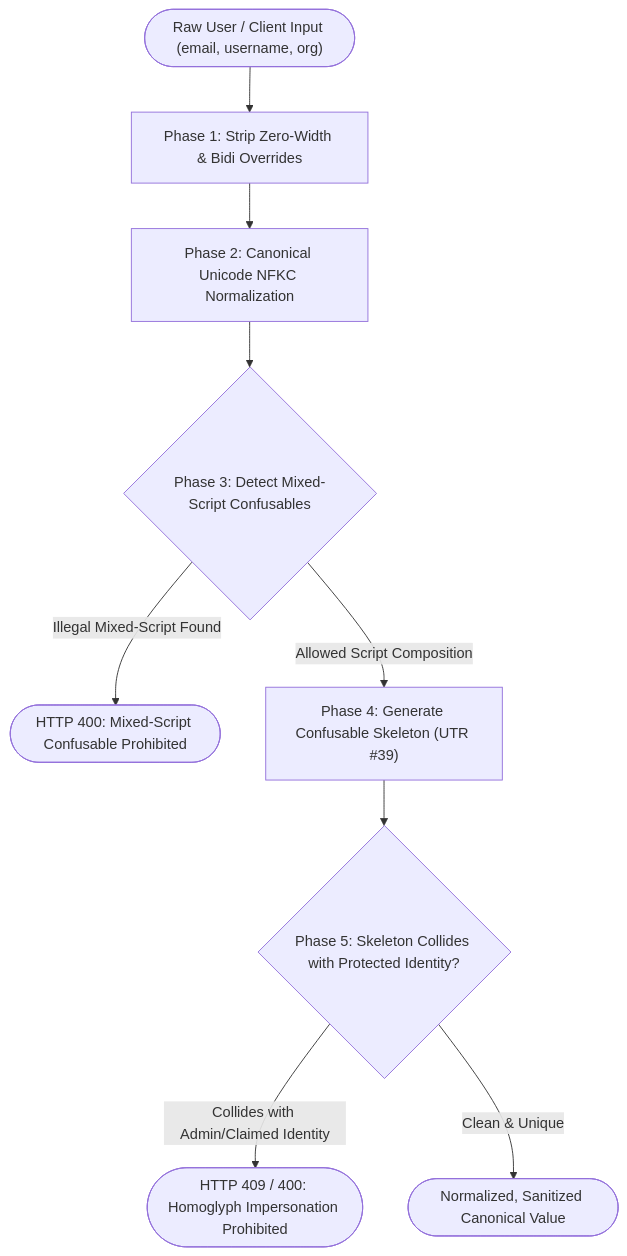
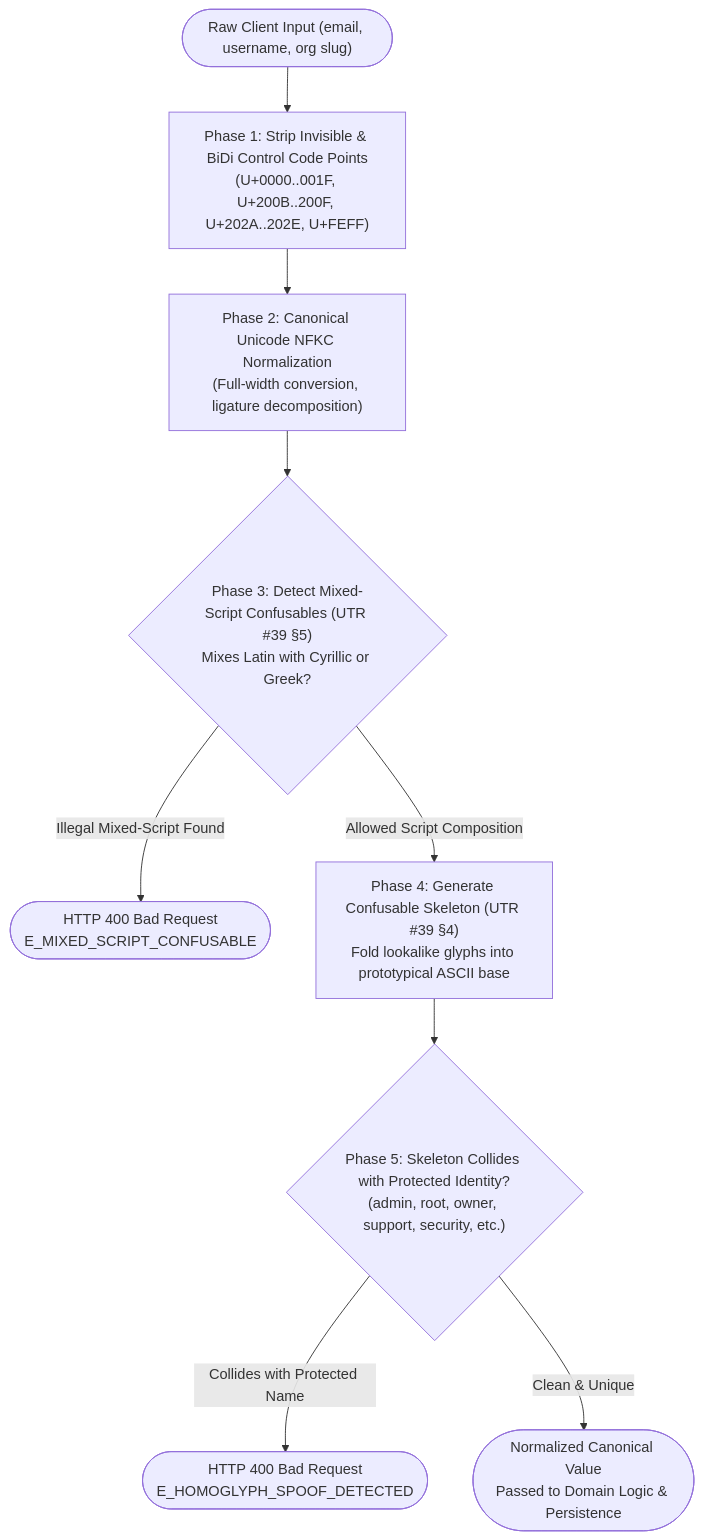
The first of 8 diagrams in adr/0032-anti-homoglyph-and-unicode-normalization-shield.md (Scaibu/auth), drawn with Mermaid before and after one commit. The commit also changed other lines of this file and 12 other files, not shown here.

Commit message:
docs(adr): enrich ADRs 0032, 0033 and add detailed ADR 0034 with M2M client credentials support

````diff
--- a/adr/0032-anti-homoglyph-and-unicode-normalization-shield.md
+++ b/adr/0032-anti-homoglyph-and-unicode-normalization-shield.md
@@ -53,13 +75,13 @@
 ```mermaid
 flowchart TD
-    RawInput(["Raw User / Client Input (email, username, org)"]) --> StripZero["Phase 1: Strip Zero-Width &amp; Bidi Overrides"]
-    StripZero --> NFKC["Phase 2: Canonical Unicode NFKC Normalization"]
-    NFKC --> ScriptDetect{"Phase 3: Detect Mixed-Script Confusables"}
+    RawInput(["Raw Client Input (email, username, org slug)"]) --> StripZero["Phase 1: Strip Invisible &amp; BiDi Control Code Points<br/>(U+0000..001F, U+200B..200F, U+202A..202E, U+FEFF)"]
+    StripZero --> NFKC["Phase 2: Canonical Unicode NFKC Normalization<br/>(Full-width conversion, ligature decomposition)"]
+    NFKC --> ScriptDetect{"Phase 3: Detect Mixed-Script Confusables (UTR #39 §5)<br/>Mixes Latin with Cyrillic or Greek?"}
     
-    ScriptDetect -- "Illegal Mixed-Script Found" --> RejectIllegal(["HTTP 400: Mixed-Script Confusable Prohibited"])
-    ScriptDetect -- "Allowed Script Composition" --> GenSkeleton["Phase 4: Generate Confusable Skeleton (UTR #39)"]
+    ScriptDetect -- "Illegal Mixed-Script Found" --> RejectIllegal(["HTTP 400 Bad Request<br/>E_MIXED_SCRIPT_CONFUSABLE"])
+    ScriptDetect -- "Allowed Script Composition" --> GenSkeleton["Phase 4: Generate Confusable Skeleton (UTR #39 §4)<br/>Fold lookalike glyphs into prototypical ASCII base"]
     
-    GenSkeleton --> GuardCheck{"Phase 5: Skeleton Collides with Protected Identity?"}
-    GuardCheck -- "Collides with Admin/Claimed Identity" --> RejectSpoof(["HTTP 409 / 400: Homoglyph Impersonation Prohibited"])
-    GuardCheck -- "Clean &amp; Unique" --> ValidatedOutput(["Normalized, Sanitized Canonical Value"])
+    GenSkeleton --> GuardCheck{"Phase 5: Skeleton Collides with Protected Identity?<br/>(admin, root, owner, support, security, etc.)"}
+    GuardCheck -- "Collides with Protected Name" --> RejectSpoof(["HTTP 400 Bad Request<br/>E_HOMOGLYPH_SPOOF_DETECTED"])
+    GuardCheck -- "Clean &amp; Unique" --> ValidatedOutput(["Normalized Canonical Value<br/>Passed to Domain Logic &amp; Persistence"])
 ```
````
